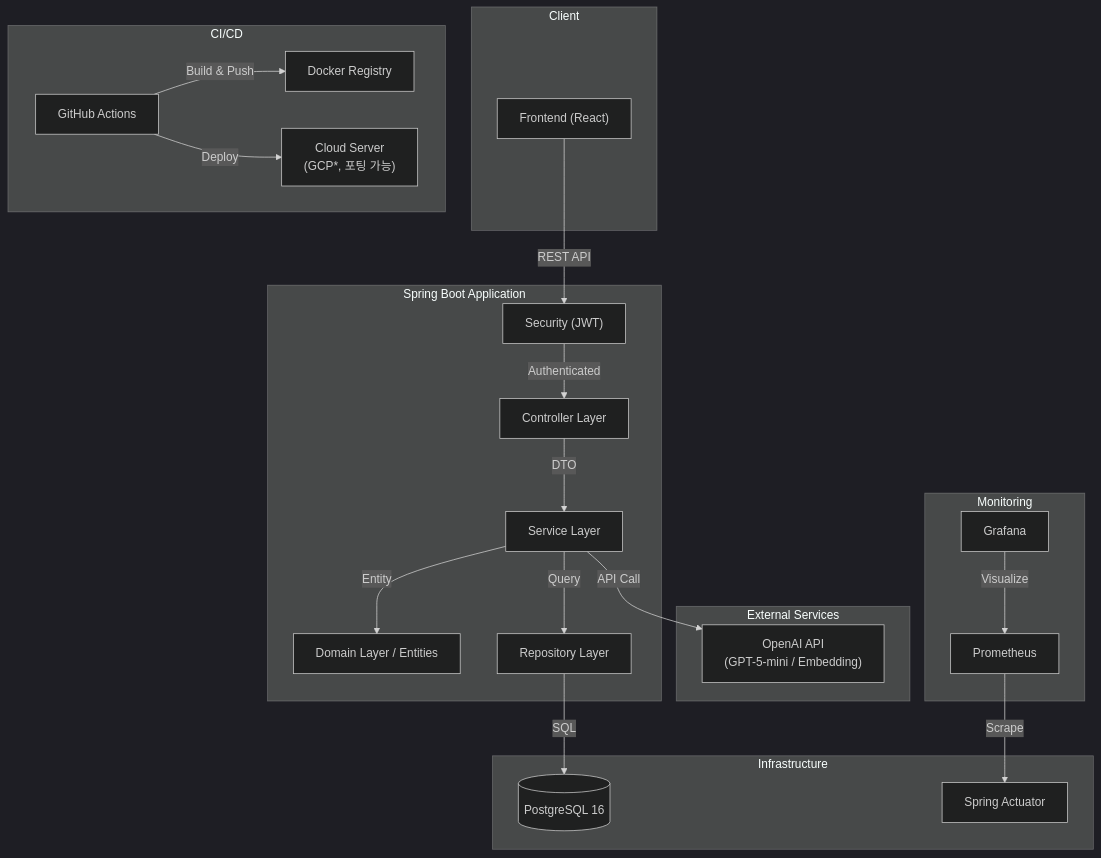
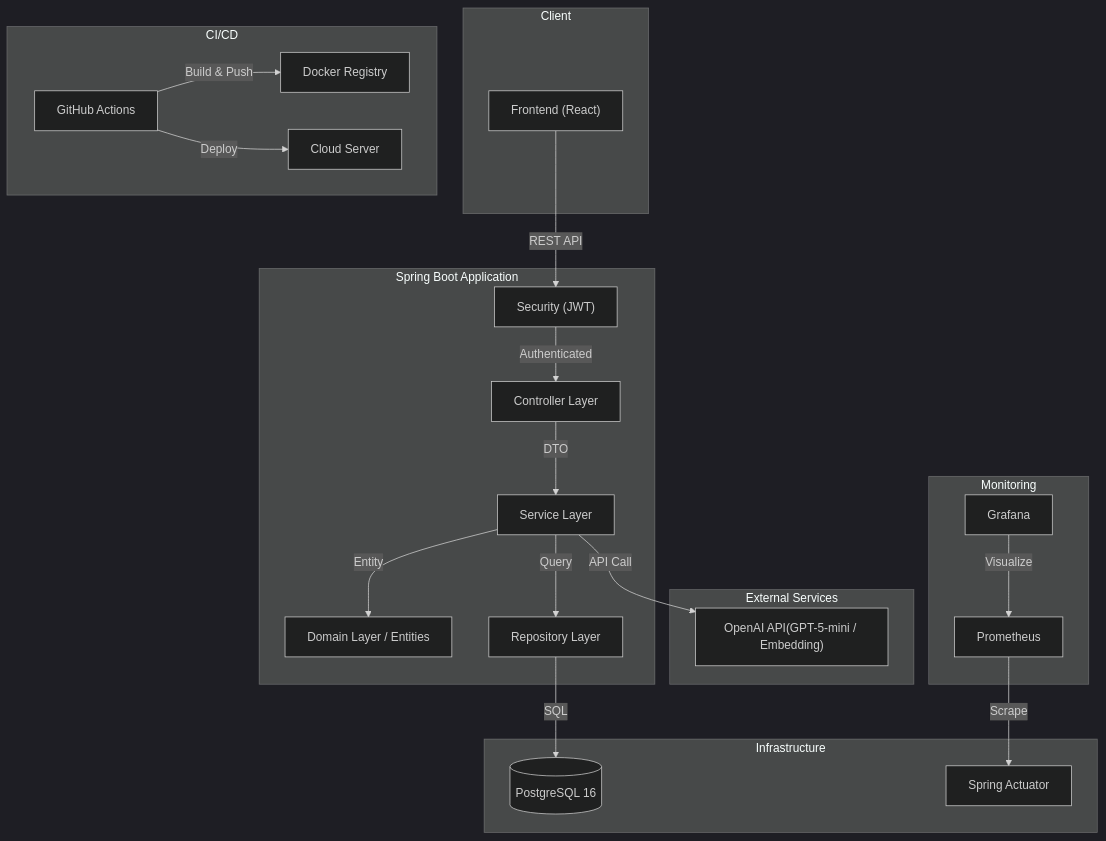
The first of 2 diagrams in README.md (Blaybus212/backend), drawn with Mermaid (dark theme) before and after one commit. The commit also changed other lines of this file, not shown here.

Commit message:
chore: 리뷰 반영 및 부족한 정보 보완

````diff
--- a/README.md
+++ b/README.md
@@ -118,45 +118,45 @@
 ```mermaid
 graph TD
     subgraph Client
         FE["Frontend (React)"]
     end
 
     subgraph Backend ["Spring Boot Application"]
         Controller["Controller Layer"]
         Service["Service Layer"]
         Domain["Domain Layer / Entities"]
         Repository["Repository Layer"]
         Security["Security (JWT)"]
     end
 
     subgraph External ["External Services"]
-        OpenAI["OpenAI API\n(GPT-5-mini / Embedding)"]
+        OpenAI["OpenAI API(GPT-5-mini / Embedding)"]
     end
 
     subgraph Infrastructure ["Infrastructure"]
         DB[("PostgreSQL 16")]
         Actuator["Spring Actuator"]
     end
 
     subgraph Monitoring
         Prometheus["Prometheus"] -->|Scrape| Actuator
         Grafana["Grafana"] -->|Visualize| Prometheus
     end
 
     subgraph CI_CD ["CI/CD"]
         GHA["GitHub Actions"]
         Docker["Docker Registry"]
-        Cloud["Cloud Server\n(GCP*, 포팅 가능)"]
+        Cloud["Cloud Server"]
     end
 
     FE -->|REST API| Security
     Security -->|Authenticated| Controller
     Controller -->|DTO| Service
     Service -->|Entity| Domain
     Service -->|Query| Repository
     Repository -->|SQL| DB
     Service -->|API Call| OpenAI
 
     GHA -->|Build & Push| Docker
     GHA -->|Deploy| Cloud
 ```
````
